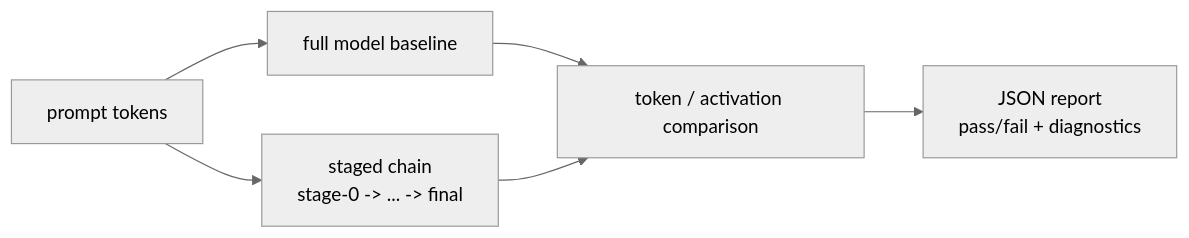
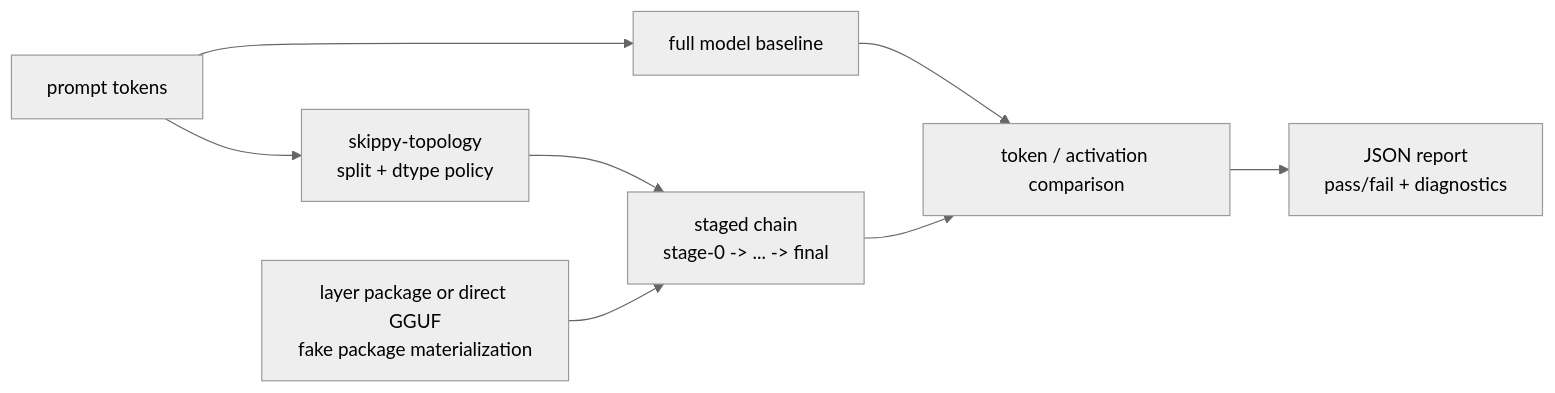
One commit to michaelneale/mesh-llm changed the diagram in crates/skippy-correctness/README.md. Above: the diagram before and after it, drawn with Mermaid (neutral theme). The commit also changed other lines of this file and 17 other files, not shown here.

Commit message:
Rename skippy model package tooling

````diff
--- a/crates/skippy-correctness/README.md
+++ b/crates/skippy-correctness/README.md
@@ -16,8 +16,10 @@
 ```mermaid
 flowchart LR
     P["prompt tokens"] --> Full["full model baseline"]
-    P --> Staged["staged chain<br/>stage-0 -> ... -> final"]
+    P --> Plan["skippy-topology<br/>split + dtype policy"]
+    Plan --> Staged["staged chain<br/>stage-0 -> ... -> final"]
+    Package["layer package or direct GGUF<br/>fake package materialization"] --> Staged
     Full --> Compare["token / activation comparison"]
     Staged --> Compare
     Compare --> Report["JSON report<br/>pass/fail + diagnostics"]
 ```
````
